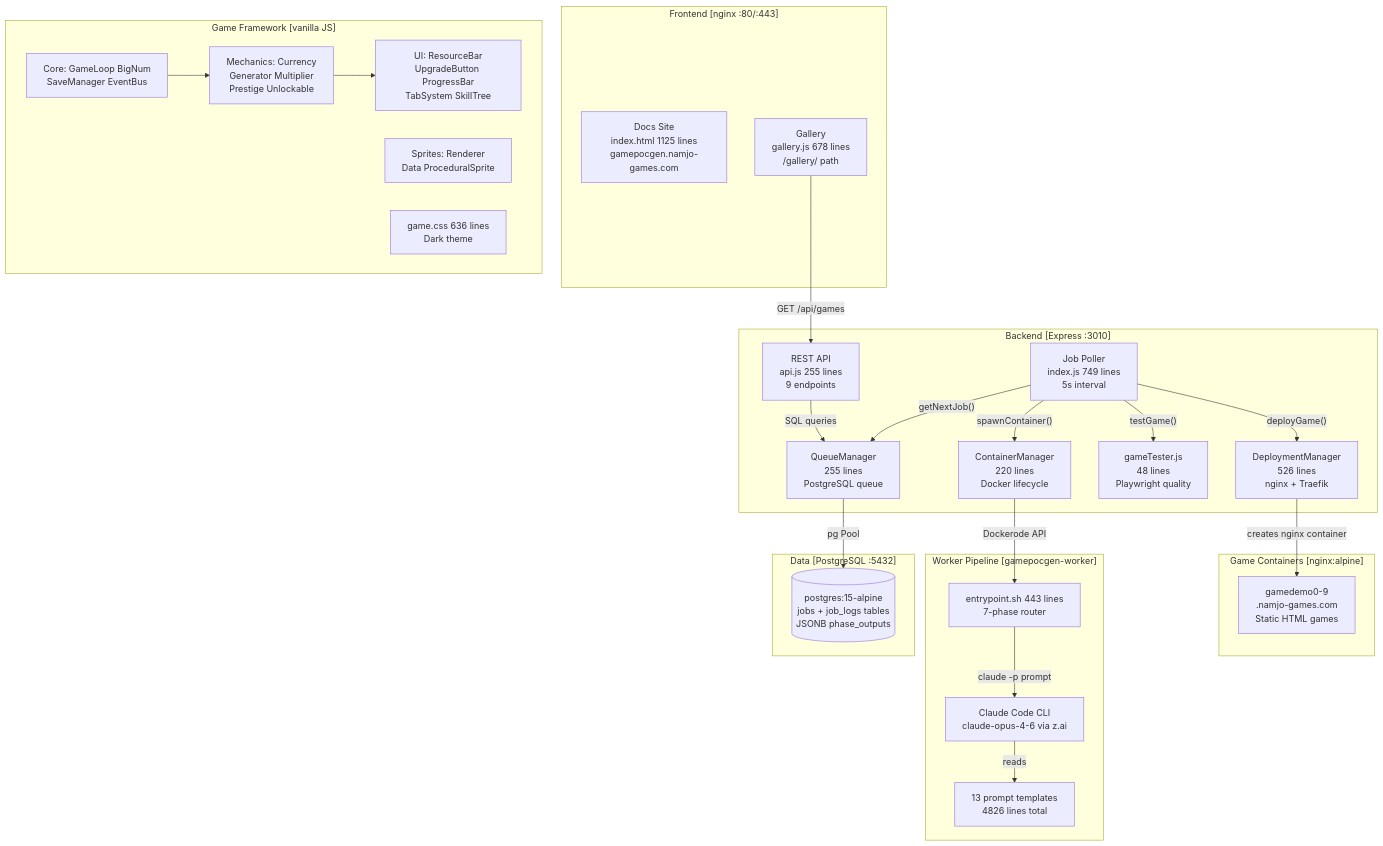
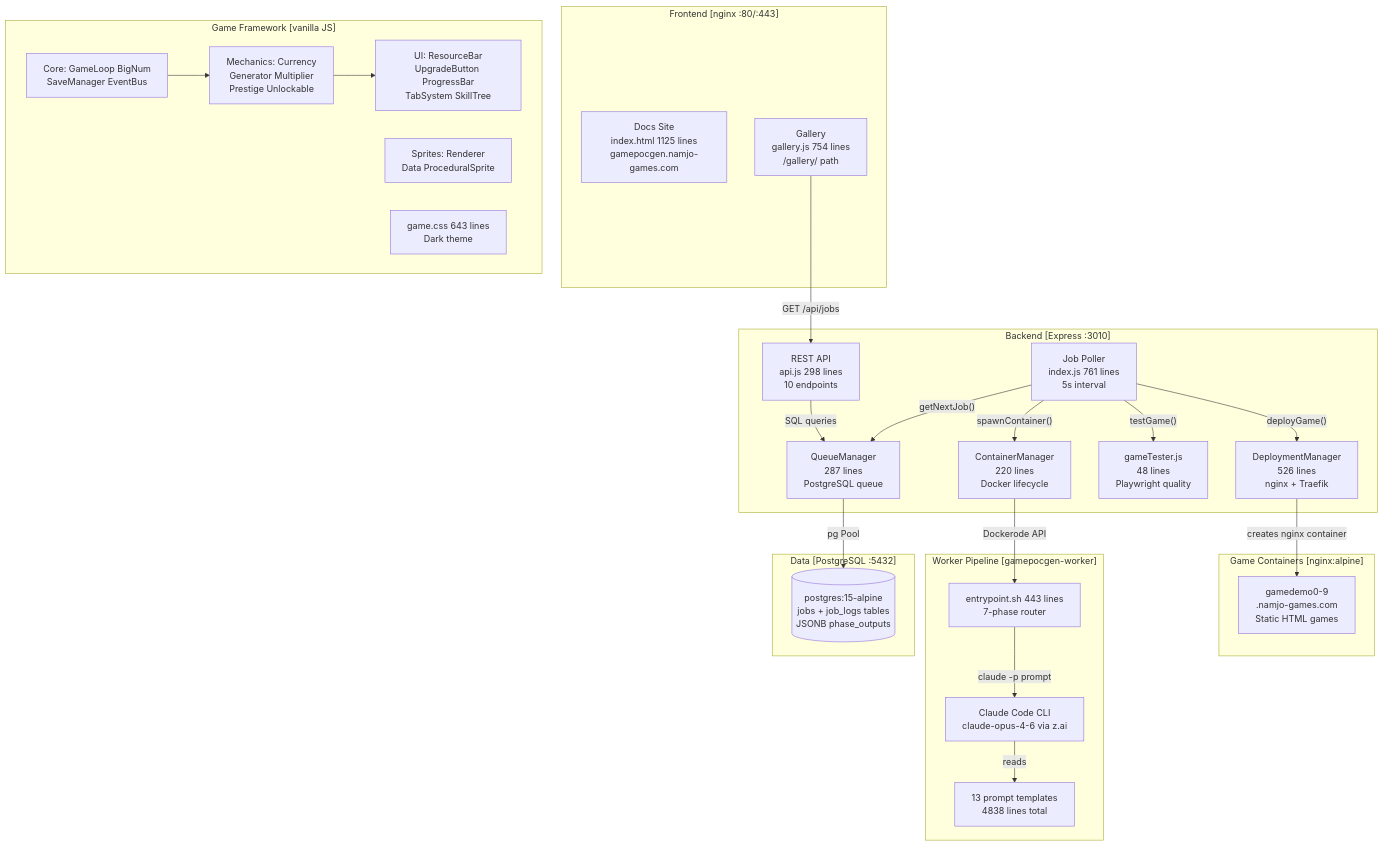
The first of 2 diagrams in AI/document/00-system-overview.md (J-Gierend/gamePocGen), drawn with Mermaid before and after one commit. The commit also changed 5 other files, not shown here.

````diff
--- a/AI/document/00-system-overview.md
+++ b/AI/document/00-system-overview.md
@@ -3,52 +3,52 @@
 ```mermaid
 graph TB
     subgraph "Frontend [nginx :80/:443]"
         DOCS["Docs Site\nindex.html 1125 lines\ngamepocgen.namjo-games.com"]
-        GALLERY["Gallery\ngallery.js 678 lines\n/gallery/ path"]
+        GALLERY["Gallery\ngallery.js 754 lines\n/gallery/ path"]
     end
 
     subgraph "Backend [Express :3010]"
-        API["REST API\napi.js 255 lines\n9 endpoints"]
-        POLLER["Job Poller\nindex.js 749 lines\n5s interval"]
-        QM["QueueManager\n255 lines\nPostgreSQL queue"]
+        API["REST API\napi.js 298 lines\n10 endpoints"]
+        POLLER["Job Poller\nindex.js 761 lines\n5s interval"]
+        QM["QueueManager\n287 lines\nPostgreSQL queue"]
         CM["ContainerManager\n220 lines\nDocker lifecycle"]
         DM["DeploymentManager\n526 lines\nnginx + Traefik"]
         GT["gameTester.js\n48 lines\nPlaywright quality"]
     end
 
     subgraph "Data [PostgreSQL :5432]"
         DB[("postgres:15-alpine\njobs + job_logs tables\nJSONB phase_outputs")]
     end
 
     subgraph "Worker Pipeline [gamepocgen-worker]"
         ENTRY["entrypoint.sh 443 lines\n7-phase router"]
         CLAUDE["Claude Code CLI\nclaude-opus-4-6 via z.ai"]
-        PROMPTS["13 prompt templates\n4826 lines total"]
+        PROMPTS["13 prompt templates\n4838 lines total"]
     end
 
     subgraph "Game Framework [vanilla JS]"
         CORE["Core: GameLoop BigNum\nSaveManager EventBus"]
         MECH["Mechanics: Currency\nGenerator Multiplier\nPrestige Unlockable"]
         UI["UI: ResourceBar\nUpgradeButton ProgressBar\nTabSystem SkillTree"]
         SPRITES["Sprites: Renderer\nData ProceduralSprite"]
-        CSS["game.css 636 lines\nDark theme"]
+        CSS["game.css 643 lines\nDark theme"]
     end
 
     subgraph "Game Containers [nginx:alpine]"
         G1["gamedemo0-9\n.namjo-games.com\nStatic HTML games"]
     end
 
-    GALLERY -->|"GET /api/games"| API
+    GALLERY -->|"GET /api/jobs"| API
     API -->|"SQL queries"| QM
     QM -->|"pg Pool"| DB
     POLLER -->|"getNextJob()"| QM
     POLLER -->|"spawnContainer()"| CM
     POLLER -->|"testGame()"| GT
     CM -->|"Dockerode API"| ENTRY
     ENTRY -->|"claude -p prompt"| CLAUDE
     CLAUDE -->|"reads"| PROMPTS
     POLLER -->|"deployGame()"| DM
     DM -->|"creates nginx container"| G1
     CORE --> MECH
     MECH --> UI
 ```
````
